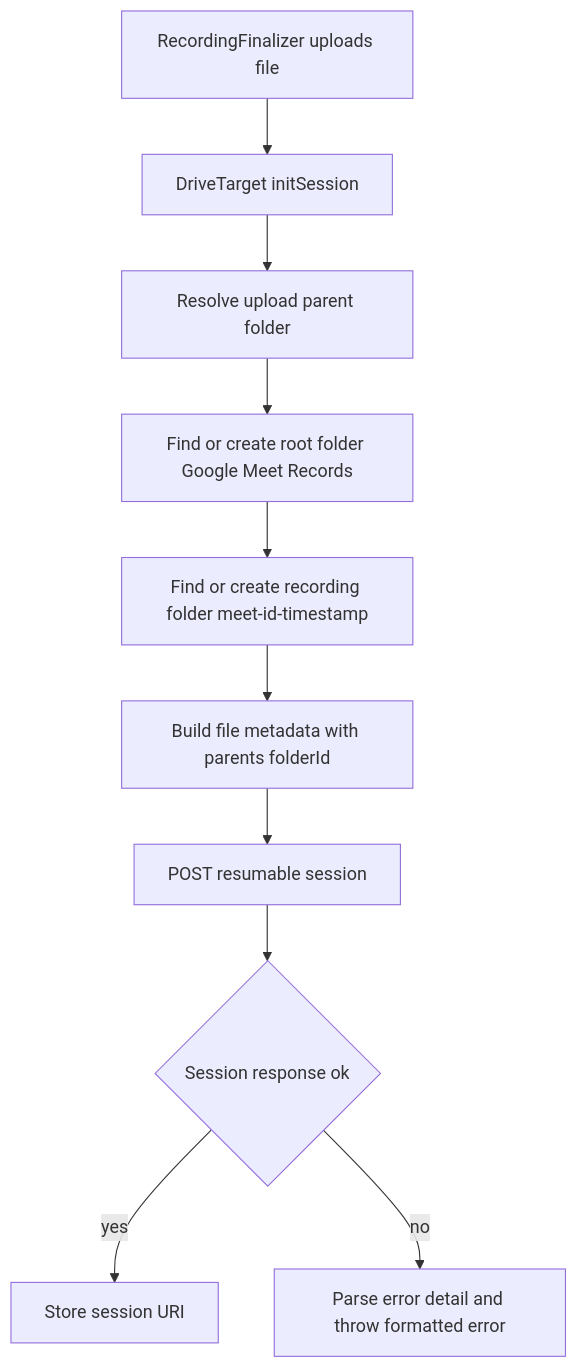
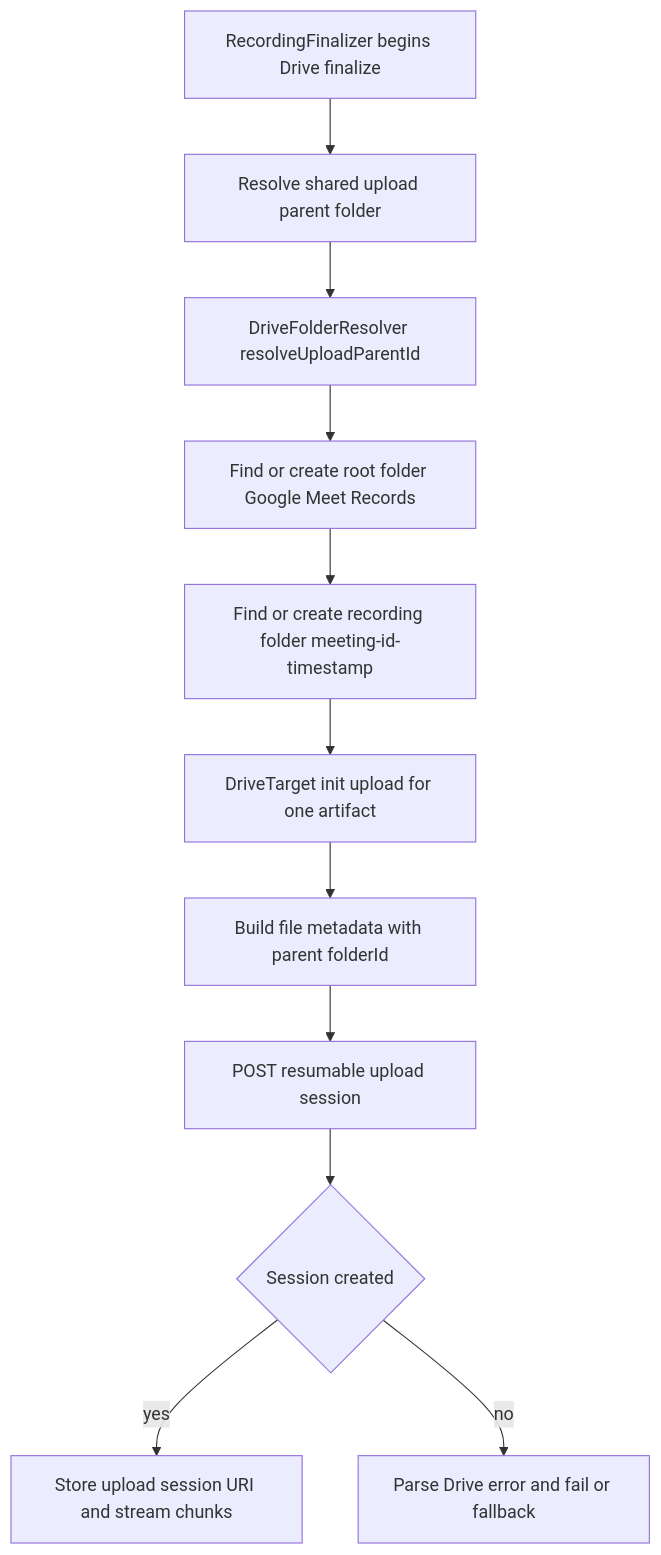
Before and after one commit to kstroevsky/chrome-meeting-recording-extension: the tenth of 10 diagrams in Documentation.md, drawn with Mermaid. The commit also changed other lines of this file, not shown here.

Commit message:
Docs: Update Documentation.md with new architecture approach

````diff
--- a/Documentation.md
+++ b/Documentation.md
@@ -334,12 +646,13 @@
 ```mermaid
 flowchart TD
-    A[RecordingFinalizer uploads file] --> B[DriveTarget initSession]
-    B --> C[Resolve upload parent folder]
+    A[RecordingFinalizer begins Drive finalize] --> B[Resolve shared upload parent folder]
+    B --> C[DriveFolderResolver resolveUploadParentId]
     C --> D[Find or create root folder Google Meet Records]
-    D --> E[Find or create recording folder meet-id-timestamp]
-    E --> F[Build file metadata with parents folderId]
-    F --> G[POST resumable session]
-    G --> H{Session response ok}
-    H -->|yes| I[Store session URI]
-    H -->|no| J[Parse error detail and throw formatted error]
+    D --> E[Find or create recording folder meeting-id-timestamp]
+    E --> F[DriveTarget init upload for one artifact]
+    F --> G[Build file metadata with parent folderId]
+    G --> H[POST resumable upload session]
+    H --> I{Session created}
+    I -->|yes| J[Store upload session URI and stream chunks]
+    I -->|no| K[Parse Drive error and fail or fallback]
 ```
````
